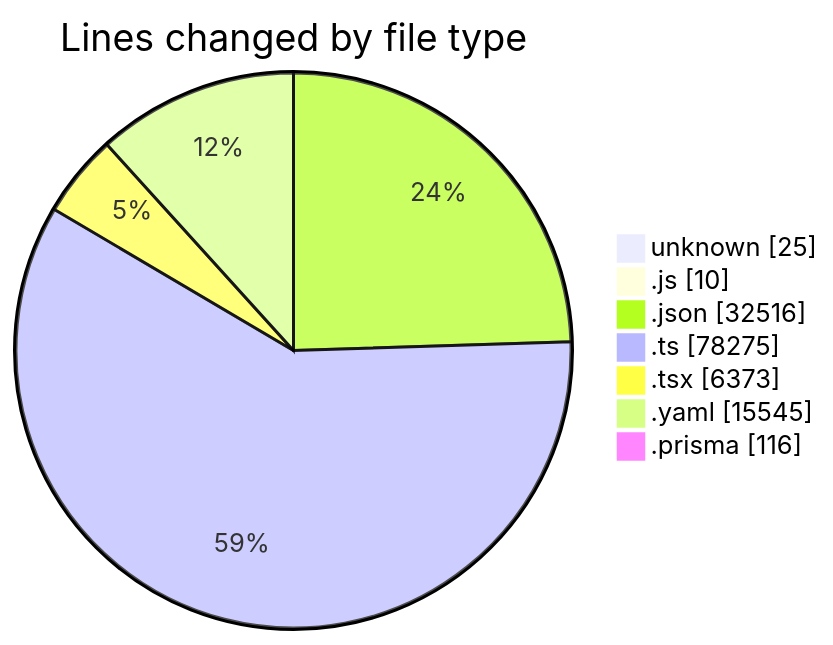
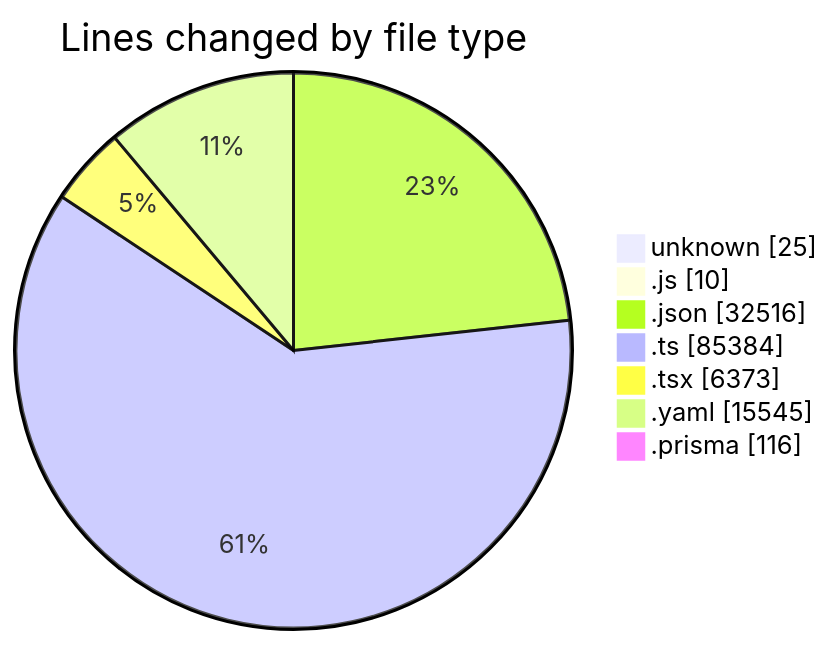
The first of 2 diagrams in 2025-05-02/ecodeli/README.md (CELIANVF/code-tracking), drawn with Mermaid before and after one commit. The commit also changed other lines of this file and 1 other file, not shown here.

````diff
--- a/2025-05-02/ecodeli/README.md
+++ b/2025-05-02/ecodeli/README.md
@@ -93,11 +93,11 @@
 ```mermaid
 pie showData
 title Lines changed by file type
 "unknown" : 25
 ".js" : 10
 ".json" : 32516
-".ts" : 78275
+".ts" : 85384
 ".tsx" : 6373
 ".yaml" : 15545
 ".prisma" : 116
 ```
````
